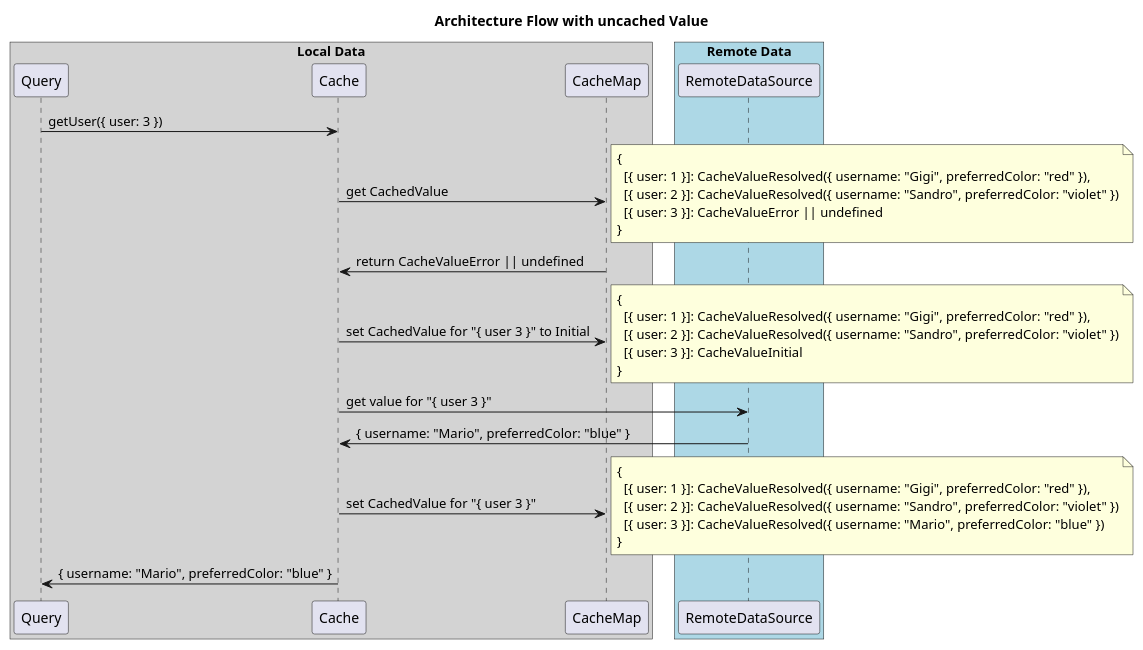
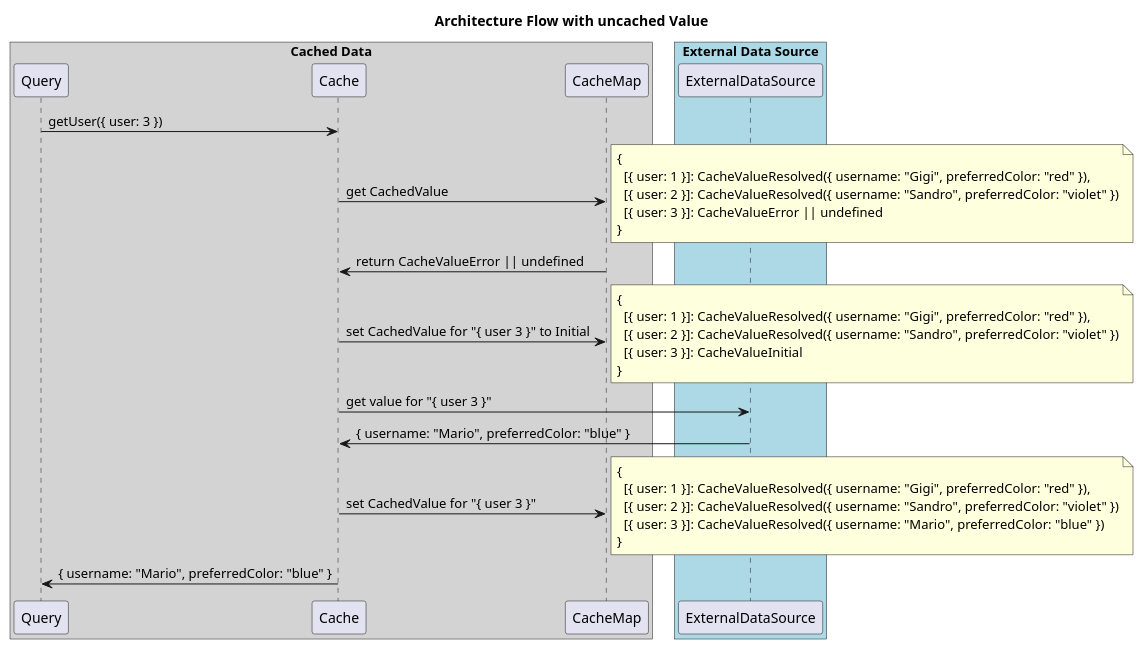
The diagram in docs/uncachedValueFlow.puml (buildo/avenger), drawn with PlantUML before and after one commit. The commit also changed 2 other files, not shown here.

```diff
--- a/docs/uncachedValueFlow.puml
+++ b/docs/uncachedValueFlow.puml
@@ -1,49 +1,49 @@
 @startuml "UncachedOrErrorValue"
 skinparam BoxPadding 10
 
 title
 Architecture Flow with uncached Value
 end title
 
-box "Local Data" #LightGray
+box "Cached Data" #LightGray
 participant Query
 participant Cache
 participant CacheMap
 end box
 
-box "Remote Data" #LightBlue
-participant RemoteDataSource
+box "External Data Source" #LightBlue
+participant ExternalDataSource
 end box
 
 Query -> Cache : getUser({ user: 3 })
 Cache -> CacheMap : get CachedValue
 note right
 {
   [{ user: 1 }]: CacheValueResolved({ username: "Gigi", preferredColor: "red" }),
   [{ user: 2 }]: CacheValueResolved({ username: "Sandro", preferredColor: "violet" })
   [{ user: 3 }]: CacheValueError || undefined
 }
 end note
 CacheMap -> Cache : return CacheValueError || undefined
 Cache -> CacheMap : set CachedValue for "{ user 3 }" to Initial
 note right
 {
   [{ user: 1 }]: CacheValueResolved({ username: "Gigi", preferredColor: "red" }),
   [{ user: 2 }]: CacheValueResolved({ username: "Sandro", preferredColor: "violet" })
   [{ user: 3 }]: CacheValueInitial
 }
 end note
-Cache -> RemoteDataSource : get value for "{ user 3 }"
-RemoteDataSource -> Cache : { username: "Mario", preferredColor: "blue" }
+Cache -> ExternalDataSource : get value for "{ user 3 }"
+ExternalDataSource -> Cache : { username: "Mario", preferredColor: "blue" }
 Cache -> CacheMap : set CachedValue for "{ user 3 }"
 note right
 {
   [{ user: 1 }]: CacheValueResolved({ username: "Gigi", preferredColor: "red" }),
   [{ user: 2 }]: CacheValueResolved({ username: "Sandro", preferredColor: "violet" })
   [{ user: 3 }]: CacheValueResolved({ username: "Mario", preferredColor: "blue" })
 }
 end note
 
 Cache -> Query : { username: "Mario", preferredColor: "blue" }
 
 @enduml
```
